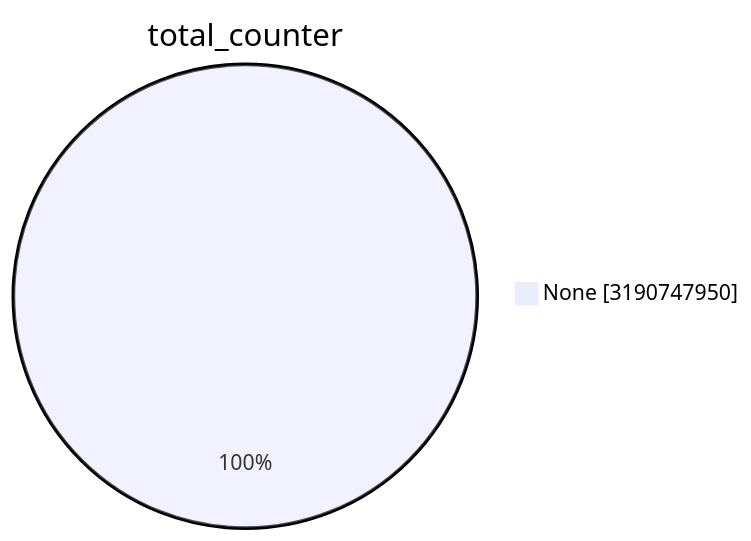
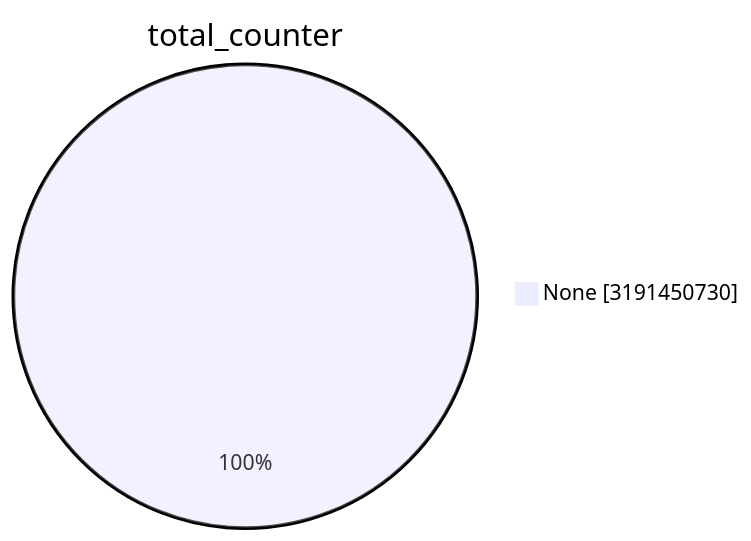
The first of 15 diagrams in TOTAL/README.md (christiankrug/ctmonitor_visualization), drawn with Mermaid before and after one commit. The commit also changed other lines of this file, not shown here.

````diff
--- a/TOTAL/README.md
+++ b/TOTAL/README.md
@@ -1,5 +1,5 @@
 ```mermaid
 pie showData
 title total_counter
-"None" :3190747950
+"None" :3191450730
 ```
````
